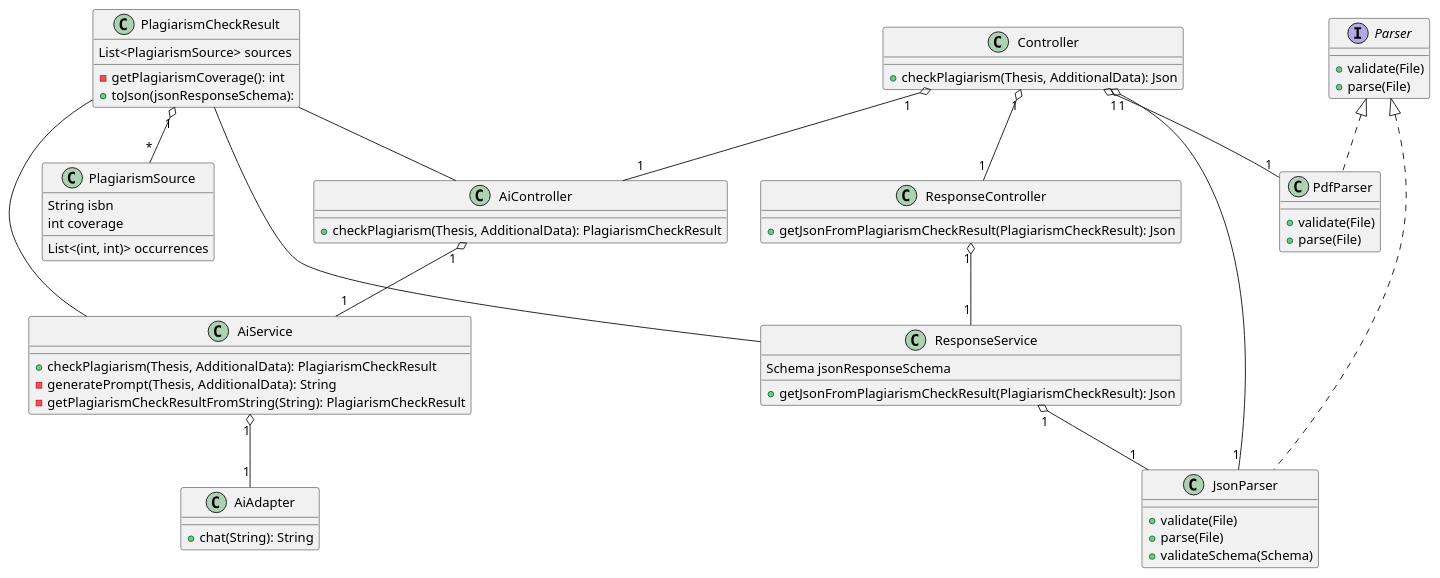
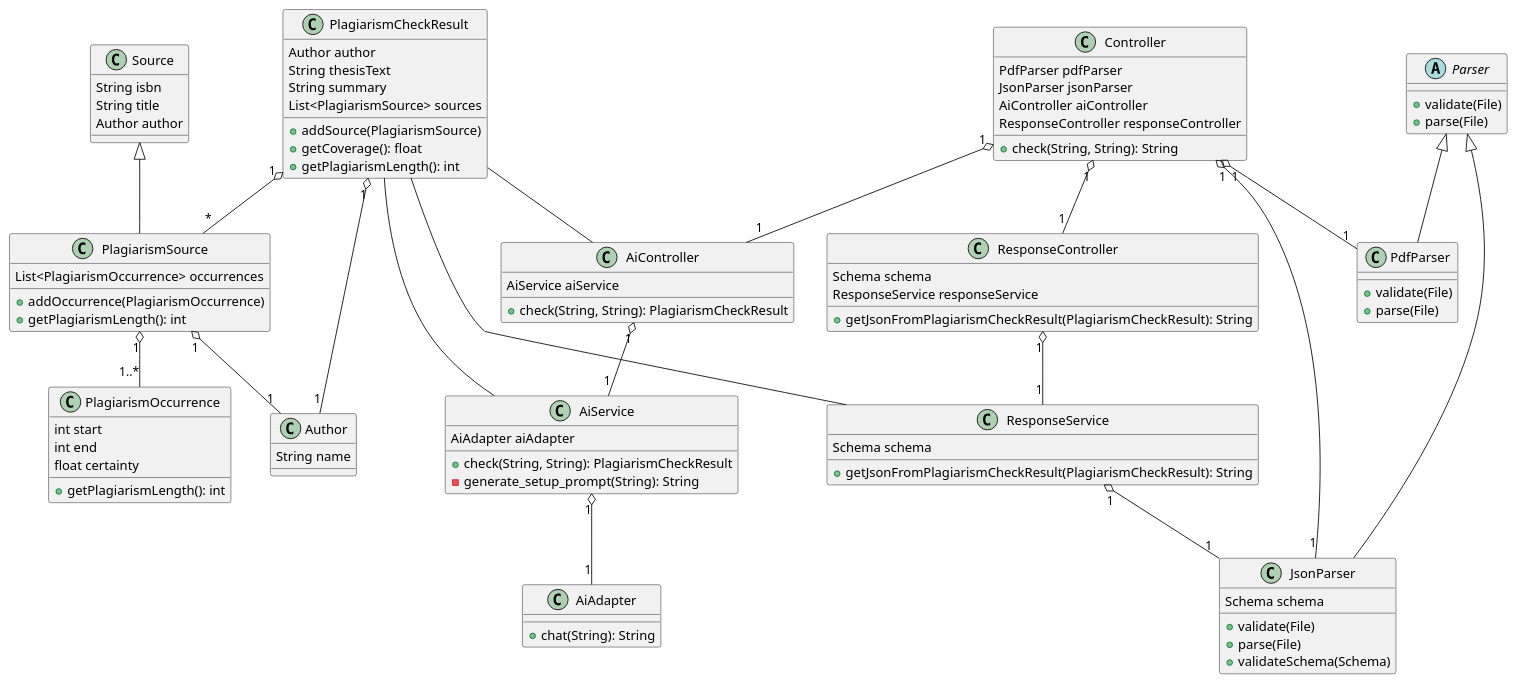
One commit to DHBW-FN/ti21-sweng2 changed the diagram in diagrams/classes.puml. Above: the diagram before and after it, drawn with PlantUML. The commit also changed 3 other files, not shown here.

First line of the commit message:
feat(klassendiagramm): Add Fachklassenmodell (#6)

```diff
--- a/diagrams/classes.puml
+++ b/diagrams/classes.puml
@@ -1,71 +1,103 @@
 @startuml Klassendiagramm
 class PlagiarismCheckResult {
+    Author author
+    String thesisText
+    String summary
     List<PlagiarismSource> sources
-    -getPlagiarismCoverage(): int
-    +toJson(jsonResponseSchema):
+    +addSource(PlagiarismSource)
+    +getCoverage(): float
+    +getPlagiarismLength(): int
 }
 
-class PlagiarismSource {
-    String isbn
-    List<(int, int)> occurrences
-    int coverage
+class PlagiarismSource extends Source {
+    List<PlagiarismOccurrence> occurrences
+    +addOccurrence(PlagiarismOccurrence)
+    +getPlagiarismLength(): int
 }
 
-interface Parser {
+class PlagiarismOccurrence {
+    int start
+    int end
+    float certainty
+    +getPlagiarismLength(): int
+}
+
+class Author {
+    String name
+}
+
+class Source {
+    String isbn
+    String title
+    Author author
+}
+
+abstract class Parser {
     +validate(File)
     +parse(File)
 }
 
-class PdfParser implements Parser {
+class PdfParser extends Parser {
     +validate(File)
     +parse(File)
 }
 
-class JsonParser implements Parser {
+class JsonParser extends Parser {
+    Schema schema
     +validate(File)
     +parse(File)
     +validateSchema(Schema)
 }
 
 class Controller {
-    +checkPlagiarism(Thesis, AdditionalData): Json
+    PdfParser pdfParser
+    JsonParser jsonParser
+    AiController aiController
+    ResponseController responseController
+    +check(String, String): String
 }
 
 class AiController {
-    +checkPlagiarism(Thesis, AdditionalData): PlagiarismCheckResult
+    AiService aiService
+    +check(String, String): PlagiarismCheckResult
 }
 
 class AiService {
-    +checkPlagiarism(Thesis, AdditionalData): PlagiarismCheckResult
-    -generatePrompt(Thesis, AdditionalData): String
-    -getPlagiarismCheckResultFromString(String): PlagiarismCheckResult
+    AiAdapter aiAdapter
+    +check(String, String): PlagiarismCheckResult
+    -generate_setup_prompt(String): String
 }
 
 class AiAdapter {
     +chat(String): String
 }
 
 class ResponseController {
-    +getJsonFromPlagiarismCheckResult(PlagiarismCheckResult): Json
+    Schema schema
+    ResponseService responseService
+    +getJsonFromPlagiarismCheckResult(PlagiarismCheckResult): String
 }
 
 class ResponseService {
-    Schema jsonResponseSchema
-    +getJsonFromPlagiarismCheckResult(PlagiarismCheckResult): Json
+    Schema schema
+    +getJsonFromPlagiarismCheckResult(PlagiarismCheckResult): String
 }
 
 Controller "1" o-- "1" PdfParser
 Controller "1" o-- "1" JsonParser
 Controller "1" o-- "1" AiController
 AiController "1" o-- "1" AiService
 AiService "1" o-- "1" AiAdapter
 Controller "1" o-- "1" ResponseController
 ResponseController "1" o-- "1" ResponseService
 ResponseService "1" o-- "1" JsonParser
 
 PlagiarismCheckResult -- AiController
 PlagiarismCheckResult -- AiService
 PlagiarismCheckResult -- ResponseService
 
 PlagiarismCheckResult "1" o-- "*" PlagiarismSource
+PlagiarismCheckResult "1" o-- "1" Author
+PlagiarismSource "1" o-- "1..*" PlagiarismOccurrence
+PlagiarismSource "1" o-- "1" Author
 @enduml
```
